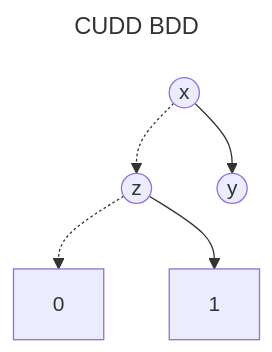
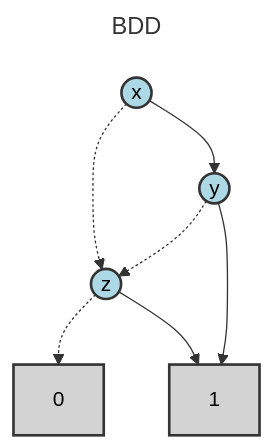
One commit to Alan-Jowett/bdd_test changed the second of 2 diagrams in test_expressions/cudd_reference_outputs/test_subdir_expression_analysis.md. Above: the diagram before and after it, drawn with Mermaid. The commit also changed 13 other files, not shown here.

````diff
--- a/test_expressions/cudd_reference_outputs/test_subdir_expression_analysis.md
+++ b/test_expressions/cudd_reference_outputs/test_subdir_expression_analysis.md
@@ -46,22 +46,27 @@
 ```mermaid
 ---
-title: CUDD BDD
+title: BDD
 ---
 flowchart TD
-    N0(("x"))
-    N1(("z"))
-    N2["0"]
-    N3["1"]
-    N4(("y"))
+    N0["0"]
+    N1["1"]
+    N2(("z"))
+    N3(("y"))
+    N4(("x"))
 
-    N0 -.-> N1
-    N1 -.-> N2
-    N1 --> N3
-    N0 --> N4
+    N2 -.-> N0
+    N2 --> N1
+    N3 -.-> N2
+    N3 --> N1
+    N4 -.-> N2
+    N4 --> N3
 
-    class N0 default
-    class N1 default
-    class N2 default
-    class N3 default
-    class N4 default
+    class N0 terminal
+    class N1 terminal
+    class N2 bddVariable
+    class N3 bddVariable
+    class N4 bddVariable
+
+    classDef bddVariable fill:lightblue,stroke:#333,stroke-width:2px,color:#000
+    classDef terminal fill:lightgray,stroke:#333,stroke-width:2px,color:#000
 ```
````
